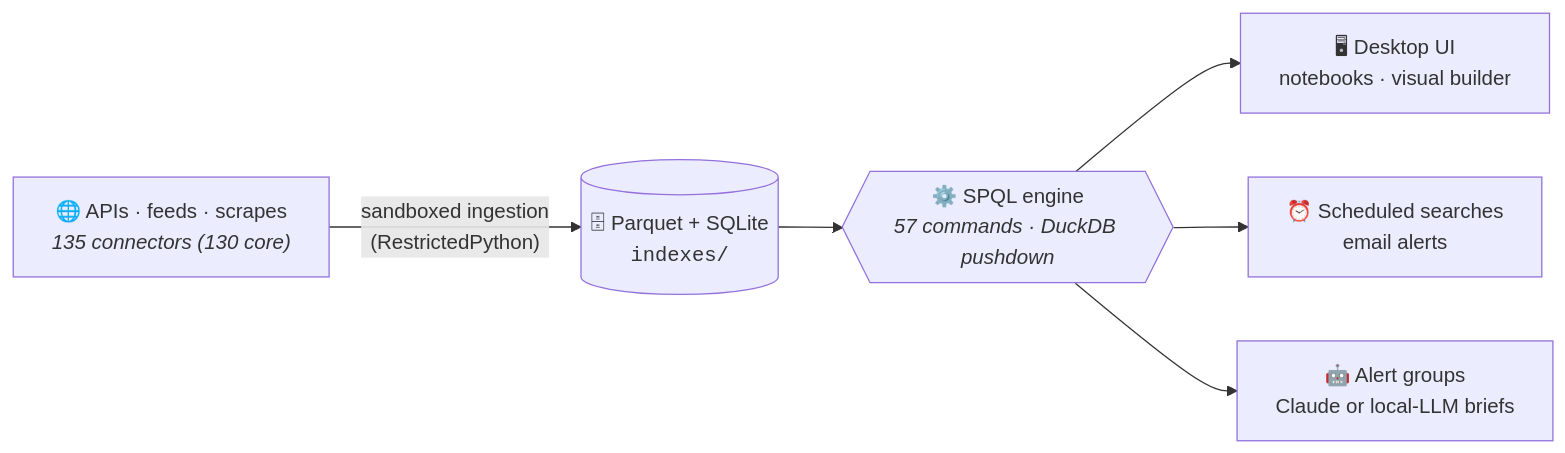
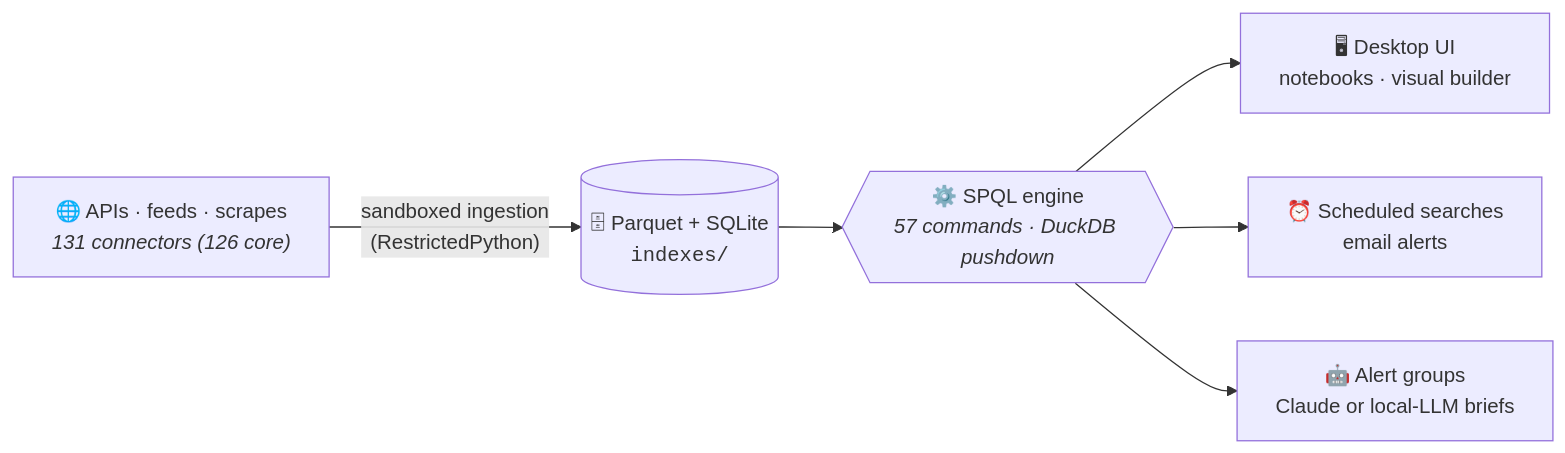
Before and after one commit to 13alvone/SpeakesQuery: the diagram in README.md, drawn with Mermaid. The commit also changed other lines of this file and 56 other files, not shown here.

````diff
--- a/README.md
+++ b/README.md
@@ -218,8 +218,8 @@
 ```mermaid
 flowchart LR
-    A["🌐 APIs · feeds · scrapes<br/><i>135 connectors (130 core)</i>"] -->|"sandboxed ingestion<br/>(RestrictedPython)"| B[("🗄 Parquet + SQLite<br/><code>indexes/</code>")]
+    A["🌐 APIs · feeds · scrapes<br/><i>131 connectors (126 core)</i>"] -->|"sandboxed ingestion<br/>(RestrictedPython)"| B[("🗄 Parquet + SQLite<br/><code>indexes/</code>")]
     B --> C{{"⚙️ SPQL engine<br/><i>57 commands · DuckDB pushdown</i>"}}
     C --> D["🖥 Desktop UI<br/>notebooks · visual builder"]
     C --> E["⏰ Scheduled searches<br/>email alerts"]
     C --> F["🤖 Alert groups<br/>Claude or local-LLM briefs"]
 ```
````
